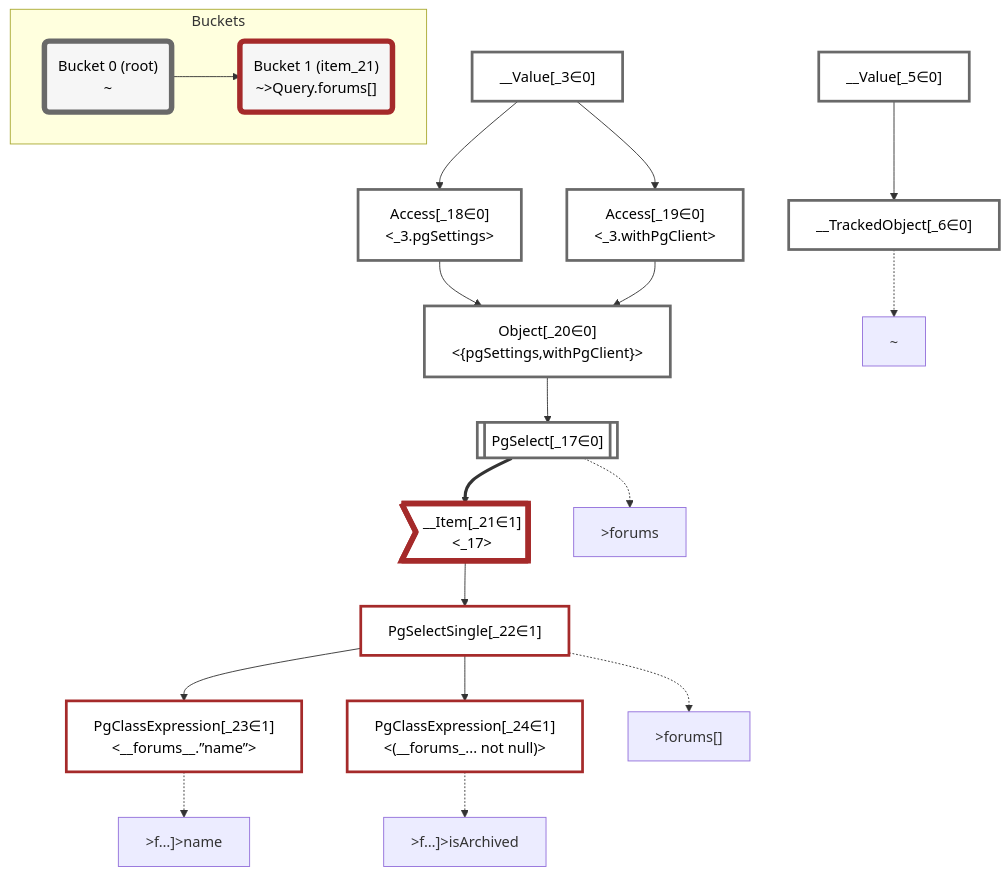
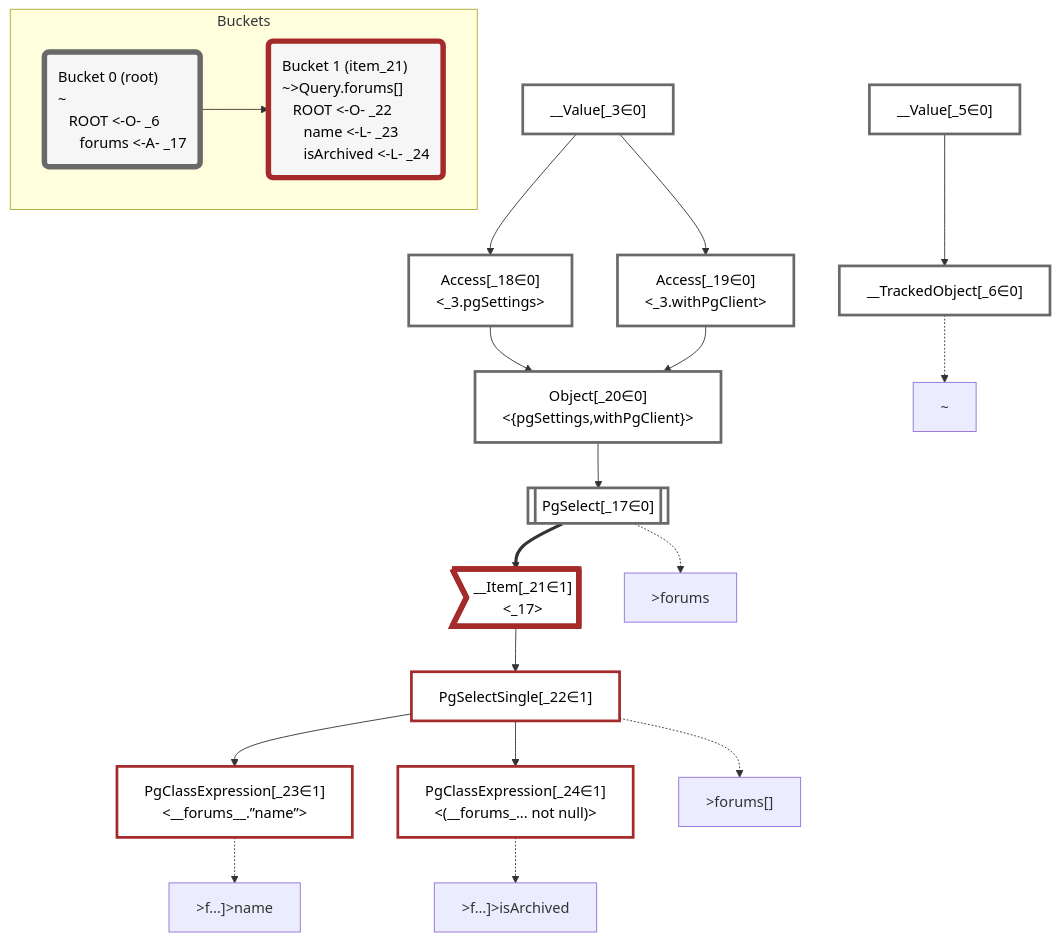
Before and after one commit to graphile/crystal: the diagram in packages/dataplan-pg/__tests__/queries/super-simple/expression-columns.mermaid.md, drawn with Mermaid. The commit also changed 195 other files, not shown here.

````diff
--- a/packages/dataplan-pg/__tests__/queries/super-simple/expression-columns.mermaid.md
+++ b/packages/dataplan-pg/__tests__/queries/super-simple/expression-columns.mermaid.md
@@ -1,60 +1,60 @@
 ```mermaid
 graph TD
     classDef path fill:#eee,stroke:#000,color:#000
     classDef plan fill:#fff,stroke-width:3px,color:#000
     classDef itemplan fill:#fff,stroke-width:6px,color:#000
     classDef sideeffectplan fill:#f00,stroke-width:6px,color:#000
-    classDef bucket fill:#f6f6f6,color:#000,stroke-width:6px
+    classDef bucket fill:#f6f6f6,color:#000,stroke-width:6px,text-align:left
 
 
     %% define plans
     __Value_3["__Value[_3∈0]<br /><context>"]:::plan
     __Value_5["__Value[_5∈0]<br /><rootValue>"]:::plan
     __TrackedObject_6["__TrackedObject[_6∈0]"]:::plan
     PgSelect_17[["PgSelect[_17∈0]<br /><forums>"]]:::plan
     Access_18["Access[_18∈0]<br /><_3.pgSettings>"]:::plan
     Access_19["Access[_19∈0]<br /><_3.withPgClient>"]:::plan
     Object_20["Object[_20∈0]<br /><{pgSettings,withPgClient}>"]:::plan
     __Item_21>"__Item[_21∈1]<br /><_17>"]:::itemplan
     PgSelectSingle_22["PgSelectSingle[_22∈1]<br /><forums>"]:::plan
     PgClassExpression_23["PgClassExpression[_23∈1]<br /><__forums__.”name”>"]:::plan
     PgClassExpression_24["PgClassExpression[_24∈1]<br /><(__forums_... not null)>"]:::plan
 
     %% plan dependencies
     __Value_5 --> __TrackedObject_6
     Object_20 --> PgSelect_17
     __Value_3 --> Access_18
     __Value_3 --> Access_19
     Access_18 --> Object_20
     Access_19 --> Object_20
     PgSelect_17 ==> __Item_21
     __Item_21 --> PgSelectSingle_22
     PgSelectSingle_22 --> PgClassExpression_23
     PgSelectSingle_22 --> PgClassExpression_24
 
     %% plan-to-path relationships
     P_6["~"]
     __TrackedObject_6 -.-> P_6
     P_17[">forums"]
     PgSelect_17 -.-> P_17
     P_22[">forums[]"]
     PgSelectSingle_22 -.-> P_22
     P_23[">f…]>name"]
     PgClassExpression_23 -.-> P_23
     P_24[">f…]>isArchived"]
     PgClassExpression_24 -.-> P_24
 
     %% allocate buckets
     classDef bucket0 stroke:#696969
     class __Value_3,__Value_5,__TrackedObject_6,PgSelect_17,Access_18,Access_19,Object_20 bucket0
     classDef bucket1 stroke:#a52a2a
     class __Item_21,PgSelectSingle_22,PgClassExpression_23,PgClassExpression_24 bucket1
 
     subgraph Buckets
-    Bucket0("Bucket 0 (root)<br />~"):::bucket
+    Bucket0("Bucket 0 (root)<br />~<br />⠀ROOT <-O- _6<br />⠀⠀forums <-A- _17"):::bucket
     style Bucket0 stroke:#696969
-    Bucket1("Bucket 1 (item_21)<br />~>Query.forums[]"):::bucket
+    Bucket1("Bucket 1 (item_21)<br />~>Query.forums[]<br />⠀ROOT <-O- _22<br />⠀⠀name <-L- _23<br />⠀⠀isArchived <-L- _24"):::bucket
     style Bucket1 stroke:#a52a2a
     Bucket0 --> Bucket1
     end
 ```
````
